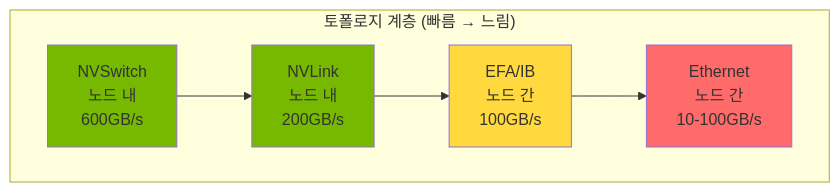
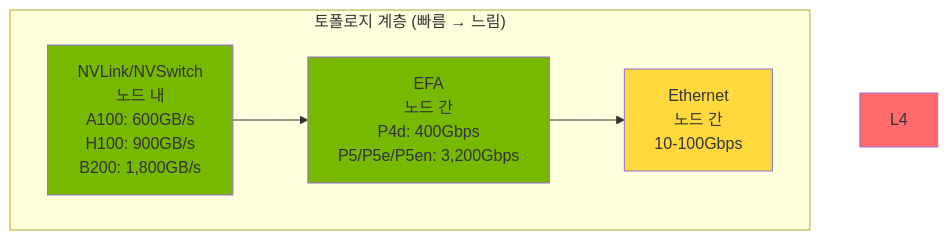
The sixth of 6 diagrams in docs/agentic-ai-platform/model-serving/inference-frameworks/nemo-framework.md (devfloor9/engineering-playbook), drawn with Mermaid before and after one commit. The commit also changed other lines of this file and 49 other files, not shown here.

````diff
--- a/docs/agentic-ai-platform/model-serving/inference-frameworks/nemo-framework.md
+++ b/docs/agentic-ai-platform/model-serving/inference-frameworks/nemo-framework.md
@@ -512,16 +521,15 @@
 ```mermaid
 flowchart TB
     subgraph Topo["토폴로지 계층 (빠름 → 느림)"]
-        L1[NVSwitch<br/>노드 내<br/>600GB/s]
-        L2[NVLink<br/>노드 내<br/>200GB/s]
-        L3[EFA/IB<br/>노드 간<br/>100GB/s]
-        L4[Ethernet<br/>노드 간<br/>10-100GB/s]
+        L1[NVLink/NVSwitch<br/>노드 내<br/>A100: 600GB/s<br/>H100: 900GB/s<br/>B200: 1,800GB/s]
+        L2[EFA<br/>노드 간<br/>P4d: 400Gbps<br/>P5/P5e/P5en: 3,200Gbps]
+        L3[Ethernet<br/>노드 간<br/>10-100Gbps]
 
-        L1 --> L2 --> L3 --> L4
+        L1 --> L2 --> L3
     end
 
     style L1 fill:#76b900
     style L2 fill:#76b900
     style L3 fill:#ffd93d
     style L4 fill:#ff6b6b
 ```
````
